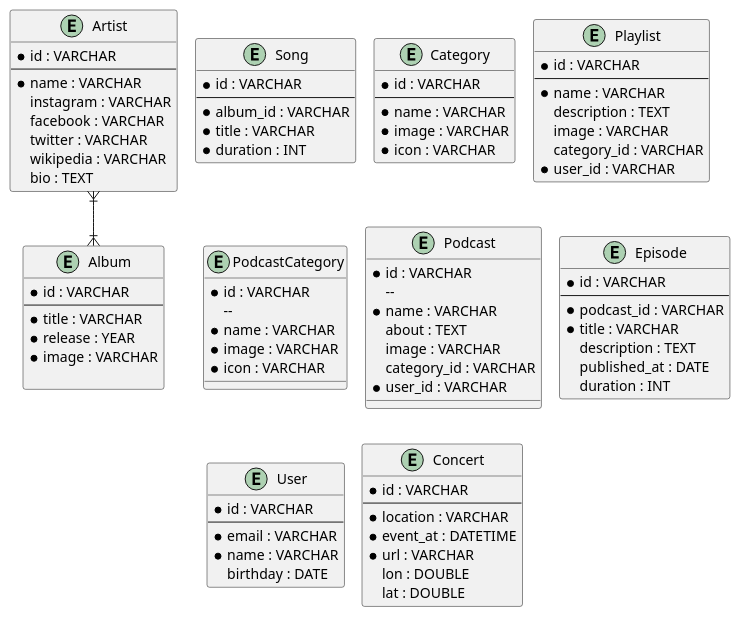
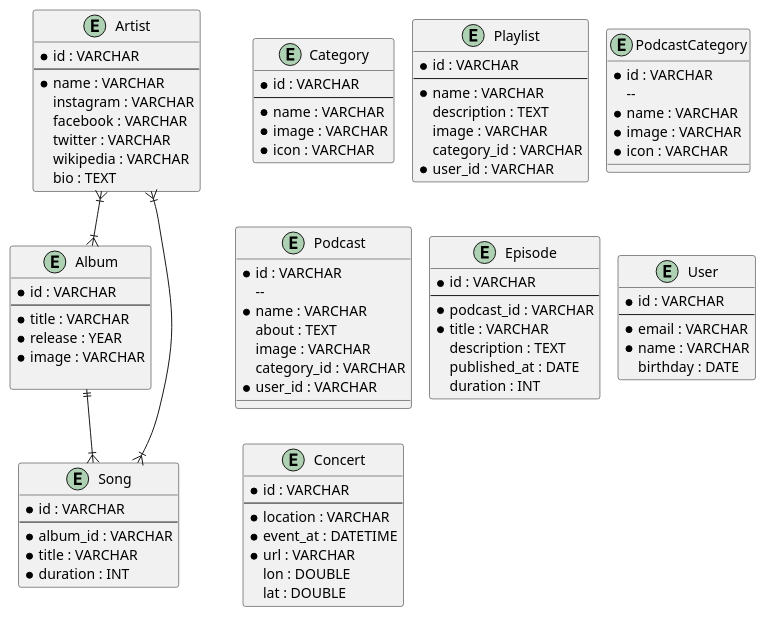
Before and after one commit to fkresna23/database-design-spotify: the diagram in spotify.puml, drawn with PlantUML.

Commit message:
Relasi Entity Song

```diff
--- a/spotify.puml
+++ b/spotify.puml
@@ -1,96 +1,98 @@
 @startuml
 !pragma layout smetana
 entity Artist {
     * id : VARCHAR
     --
     * name : VARCHAR
     instagram : VARCHAR
     facebook : VARCHAR
     twitter : VARCHAR
     wikipedia : VARCHAR
     bio : TEXT
 }
 
 entity Album {
     * id : VARCHAR
     --
     * title : VARCHAR
     * release : YEAR
     * image : VARCHAR
 
 }
 
 entity Song {
     * id : VARCHAR
     --
     * album_id : VARCHAR
     * title : VARCHAR
     * duration : INT
 }
 
 entity Category {
     * id : VARCHAR
     --
     * name : VARCHAR
     * image : VARCHAR
     * icon : VARCHAR
 }
 
 entity Playlist {
     * id : VARCHAR
     --
     * name : VARCHAR
     description : TEXT
     image : VARCHAR
     category_id : VARCHAR
     * user_id : VARCHAR
 }
 
 entity PodcastCategory {
      * id : VARCHAR
         --
      * name : VARCHAR
      * image : VARCHAR
      * icon : VARCHAR
 }
 
 entity Podcast {
     * id : VARCHAR
         --
     * name : VARCHAR
     about : TEXT
     image : VARCHAR
     category_id : VARCHAR
     * user_id : VARCHAR
 }
 
 entity Episode {
     * id : VARCHAR
     --
     * podcast_id : VARCHAR
     * title : VARCHAR
     description : TEXT
     published_at : DATE
     duration : INT
 }
 
 entity User {
     * id : VARCHAR
     --
     * email : VARCHAR
     * name : VARCHAR
     birthday : DATE
 }
 
 entity Concert {
     * id : VARCHAR
     --
     * location : VARCHAR
     * event_at : DATETIME
     * url : VARCHAR
     lon : DOUBLE
     lat : DOUBLE
 }
 
 Artist }|--|{ Album
+Album ||--|{ Song
+Artist }|--|{ Song
 @enduml
```
